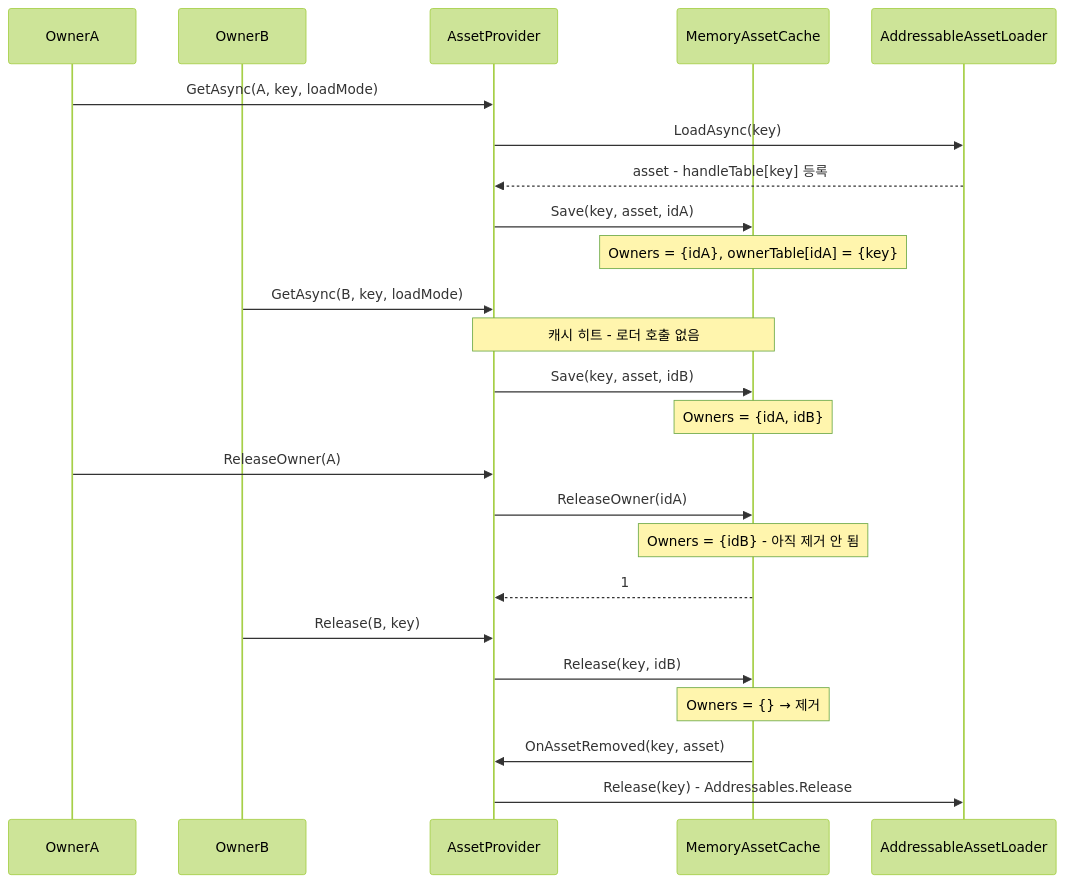
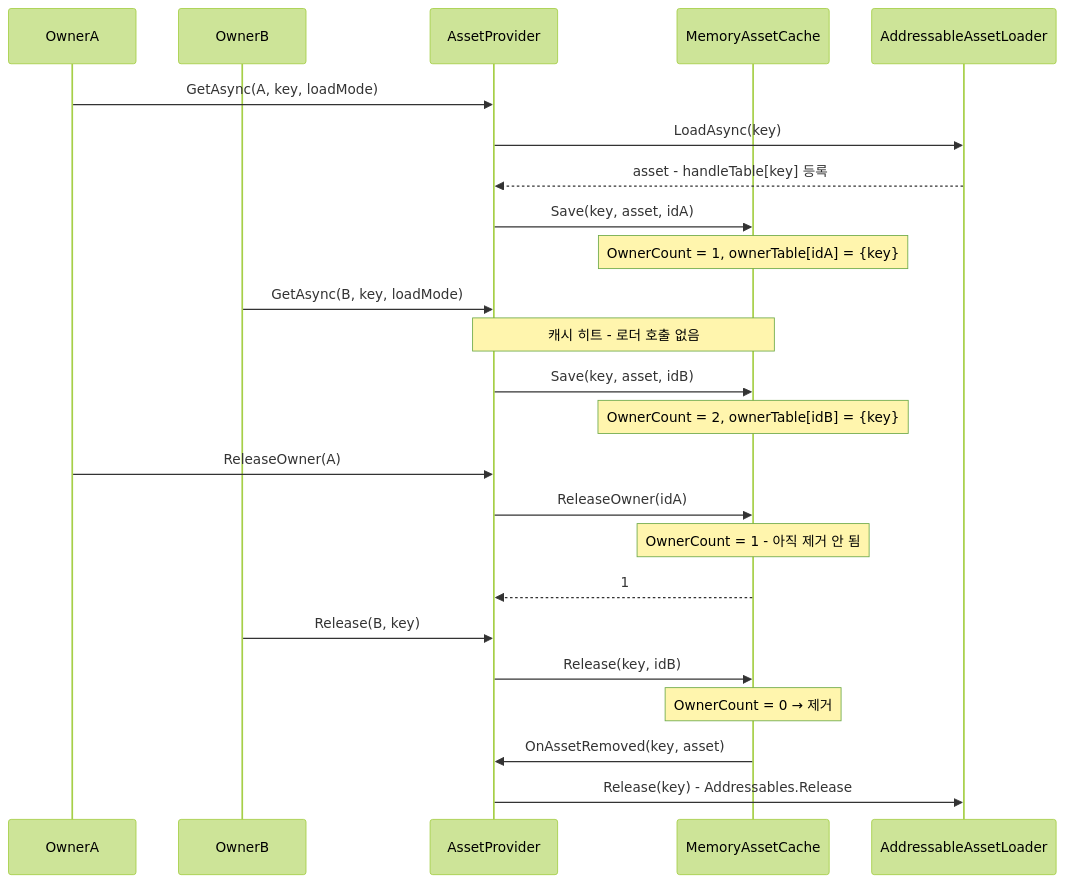
Before and after one commit to HoHong123/HCUP-Unity: the third of 3 diagrams in HResource/docs/Cache.md, drawn with Mermaid (forest theme). The commit also changed other lines of this file, not shown here.

Commit message:
[Docs] 📝 23.09.26 Describe the owner-count cache model and two-way diagnostics in the Cache doc

````diff
--- a/HResource/docs/Cache.md
+++ b/HResource/docs/Cache.md
@@ -85,30 +85,30 @@
 ```mermaid
 sequenceDiagram
     participant A as OwnerA
     participant B as OwnerB
     participant P as AssetProvider
     participant M as MemoryAssetCache
     participant L as AddressableAssetLoader
 
     A->>P: GetAsync(A, key, loadMode)
     P->>L: LoadAsync(key)
     L-->>P: asset - handleTable[key] 등록
     P->>M: Save(key, asset, idA)
-    Note over M: Owners = {idA}, ownerTable[idA] = {key}
+    Note over M: OwnerCount = 1, ownerTable[idA] = {key}
 
     B->>P: GetAsync(B, key, loadMode)
     Note over P,M: 캐시 히트 - 로더 호출 없음
     P->>M: Save(key, asset, idB)
-    Note over M: Owners = {idA, idB}
+    Note over M: OwnerCount = 2, ownerTable[idB] = {key}
 
     A->>P: ReleaseOwner(A)
     P->>M: ReleaseOwner(idA)
-    Note over M: Owners = {idB} - 아직 제거 안 됨
+    Note over M: OwnerCount = 1 - 아직 제거 안 됨
     M-->>P: 1
 
     B->>P: Release(B, key)
     P->>M: Release(key, idB)
-    Note over M: Owners = {} → 제거
+    Note over M: OwnerCount = 0 → 제거
     M->>P: OnAssetRemoved(key, asset)
     P->>L: Release(key) - Addressables.Release
 ```
````
